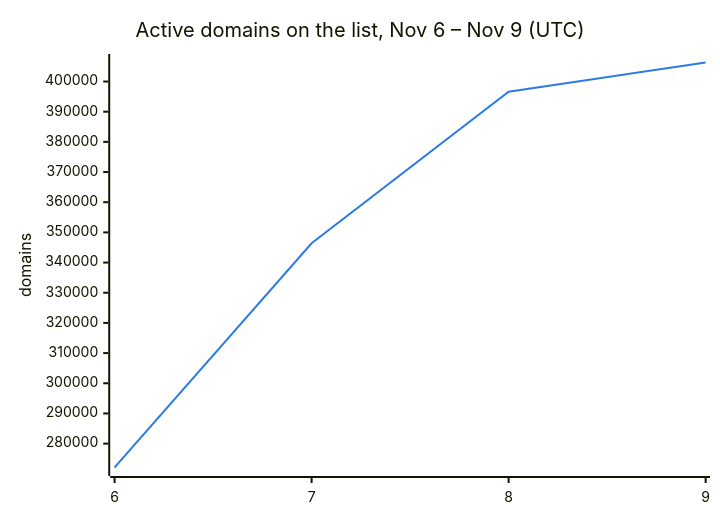
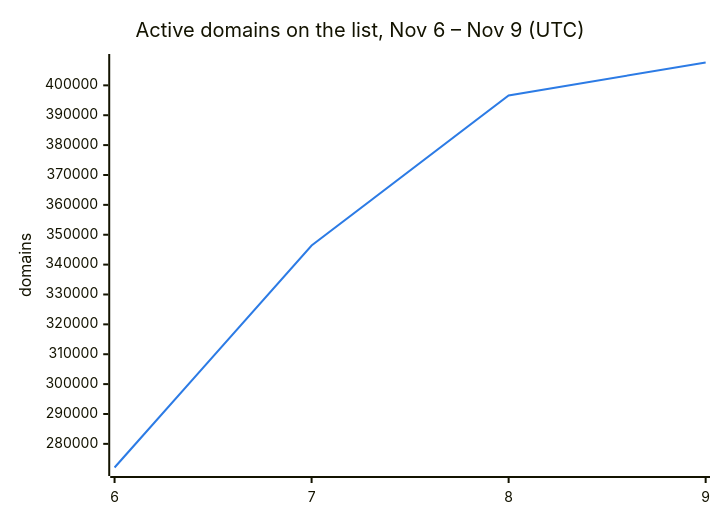
Before and after one commit to DNSBunker/CTI: the second of 3 diagrams in README.md, drawn with Mermaid. The commit also changed other lines of this file and 3 other files, not shown here.

````diff
--- a/README.md
+++ b/README.md
@@ -38,8 +38,8 @@
 ```mermaid
 %%{init: {"themeVariables": {"xyChart": {"plotColorPalette": "#2c7be5"}}}}%%
 xychart-beta
     title "Active domains on the list, Nov 6 – Nov 9 (UTC)"
     x-axis ["6", "7", "8", "9"]
     y-axis "domains"
-    line [272088, 346388, 396638, 406303]
+    line [272088, 346388, 396638, 407649]
 ```
````
